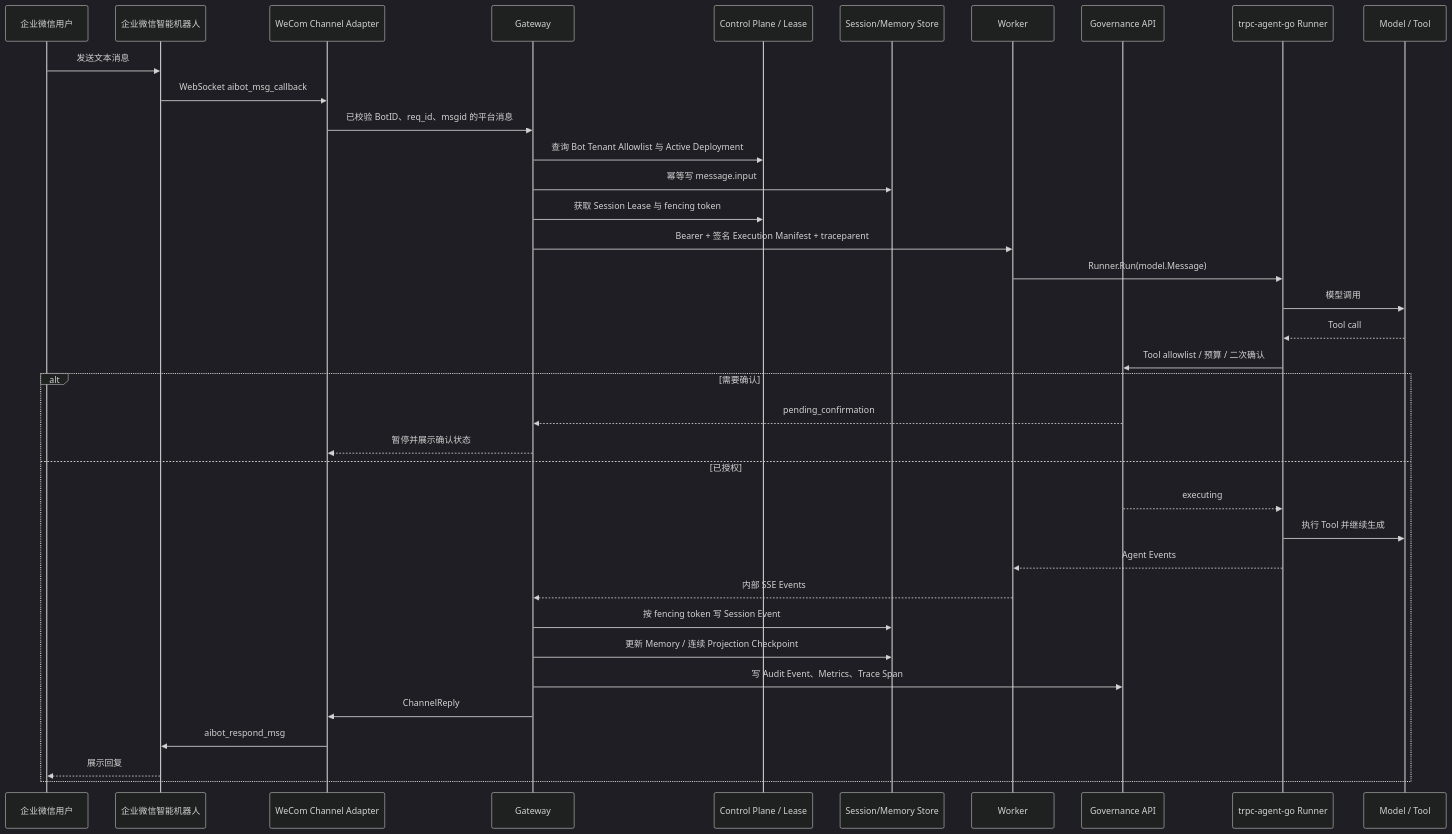
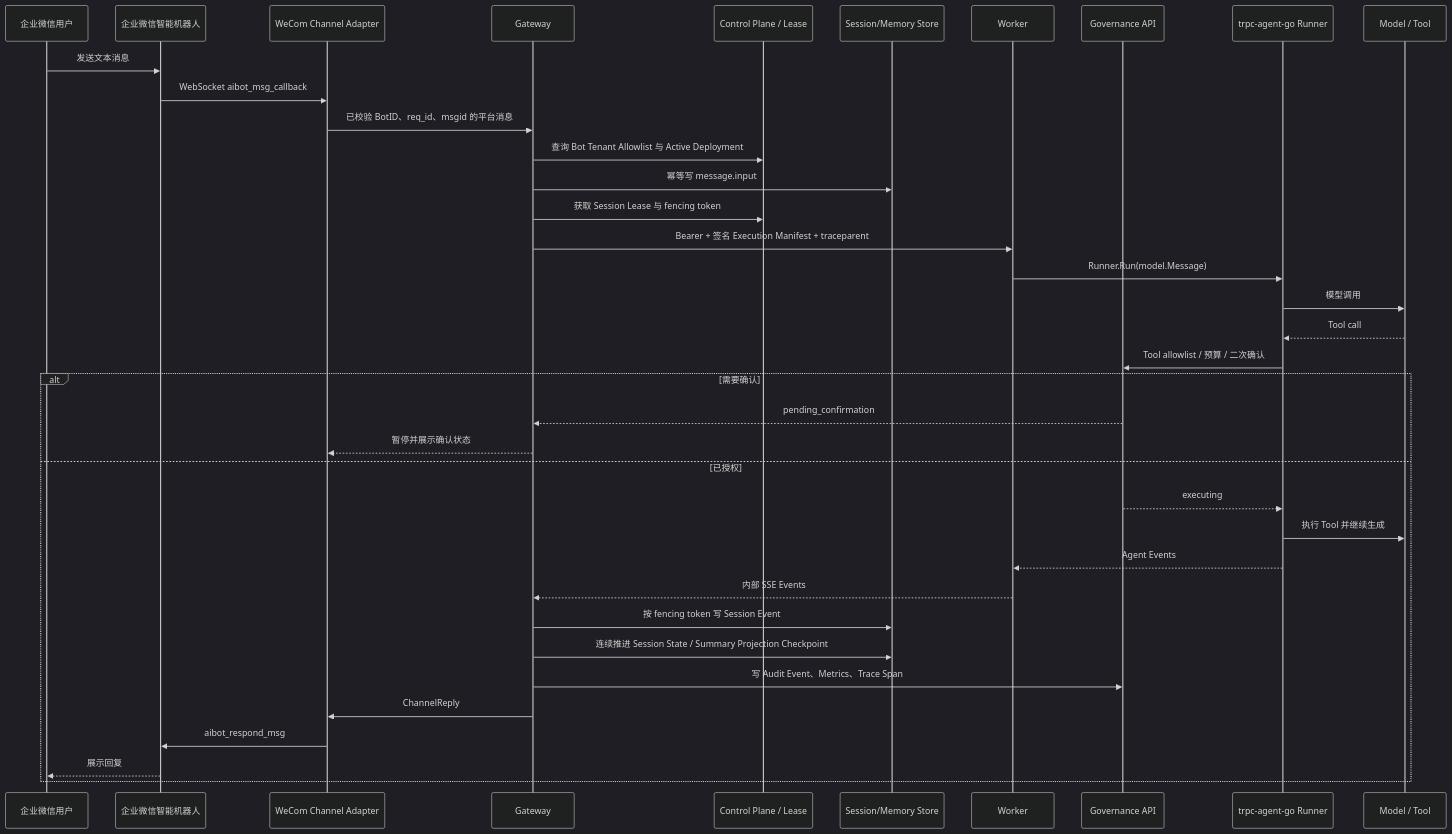
The second of 2 diagrams in docs/architecture.md (GodBlf/trpc-agent-service), drawn with Mermaid (dark theme) before and after one commit. The commit also changed other lines of this file and 22 other files, not shown here.

````diff
--- a/docs/architecture.md
+++ b/docs/architecture.md
@@ -54,40 +54,40 @@
 ```mermaid
 sequenceDiagram
   participant User as 企业微信用户
   participant WeCom as 企业微信智能机器人
   participant Channel as WeCom Channel Adapter
   participant Gateway as Gateway
   participant CP as Control Plane / Lease
   participant Store as Session/Memory Store
   participant Worker as Worker
   participant Gov as Governance API
   participant Runner as trpc-agent-go Runner
   participant Model as Model / Tool
 
   User->>WeCom: 发送文本消息
   WeCom->>Channel: WebSocket aibot_msg_callback
   Channel->>Gateway: 已校验 BotID、req_id、msgid 的平台消息
   Gateway->>CP: 查询 Bot Tenant Allowlist 与 Active Deployment
   Gateway->>Store: 幂等写 message.input
   Gateway->>CP: 获取 Session Lease 与 fencing token
   Gateway->>Worker: Bearer + 签名 Execution Manifest + traceparent
   Worker->>Runner: Runner.Run(model.Message)
   Runner->>Model: 模型调用
   Model-->>Runner: Tool call
   Runner->>Gov: Tool allowlist / 预算 / 二次确认
   alt 需要确认
     Gov-->>Gateway: pending_confirmation
     Gateway-->>Channel: 暂停并展示确认状态
   else 已授权
     Gov-->>Runner: executing
     Runner->>Model: 执行 Tool 并继续生成
     Runner-->>Worker: Agent Events
     Worker-->>Gateway: 内部 SSE Events
     Gateway->>Store: 按 fencing token 写 Session Event
-    Gateway->>Store: 更新 Memory / 连续 Projection Checkpoint
+    Gateway->>Store: 连续推进 Session State / Summary Projection Checkpoint
     Gateway->>Gov: 写 Audit Event、Metrics、Trace Span
     Gateway->>Channel: ChannelReply
     Channel->>WeCom: aibot_respond_msg
     WeCom-->>User: 展示回复
   end
 ```
````
